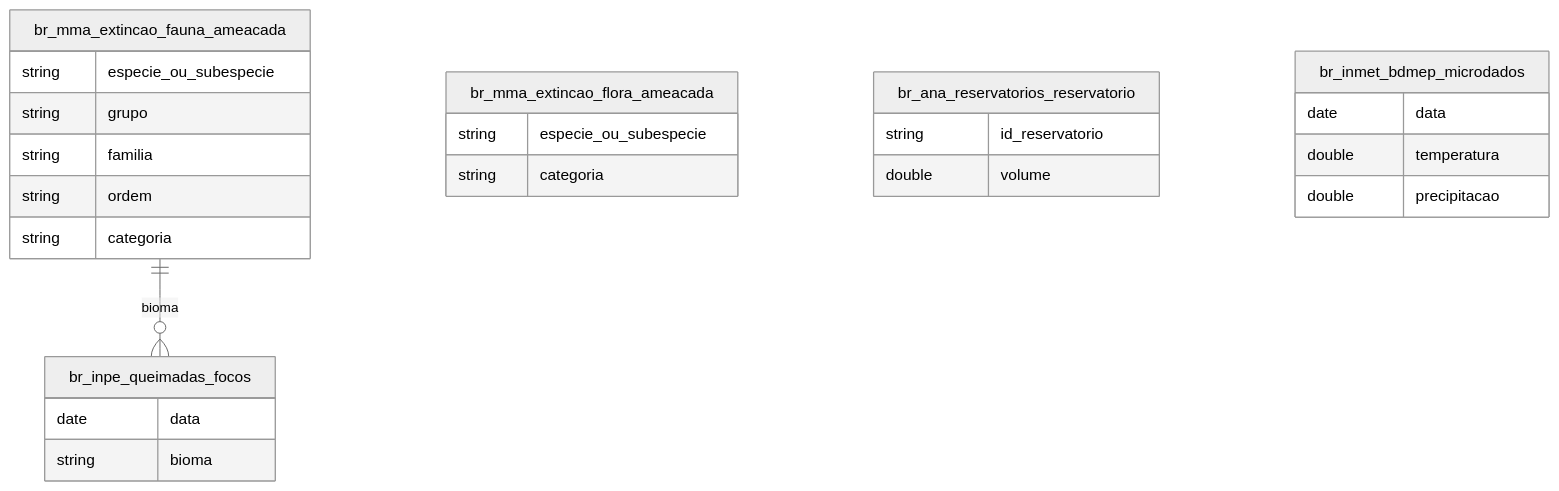
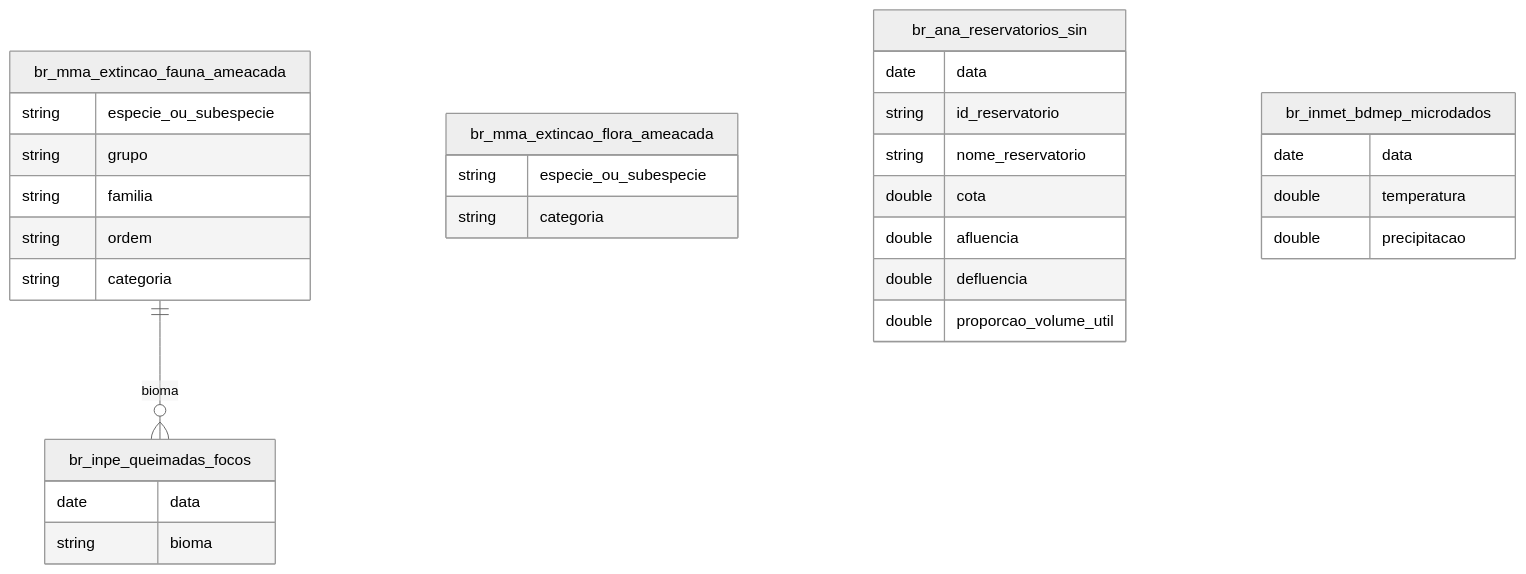
The diagram in docs/mapa/overview/42_agua_clima_biodiversidade.md (rafapolo/rodado), drawn with Mermaid (neutral theme) before and after one commit. The commit also changed other lines of this file and 135 other files, not shown here.

````diff
--- a/docs/mapa/overview/42_agua_clima_biodiversidade.md
+++ b/docs/mapa/overview/42_agua_clima_biodiversidade.md
@@ -2,15 +2,15 @@
 ```mermaid
 erDiagram
     br_mma_extincao_fauna_ameacada {
         string especie_ou_subespecie
         string grupo
         string familia
         string ordem
         string categoria
     }
     br_mma_extincao_flora_ameacada { string especie_ou_subespecie string categoria }
-    br_ana_reservatorios_reservatorio { string id_reservatorio double volume }
+    br_ana_reservatorios_sin { date data string id_reservatorio string nome_reservatorio double cota double afluencia double defluencia double proporcao_volume_util }
     br_inmet_bdmep_microdados { date data double temperatura double precipitacao }
     br_inpe_queimadas_focos { date data string bioma }
     br_mma_extincao_fauna_ameacada ||--o{ br_inpe_queimadas_focos : "bioma"
 ```
````
